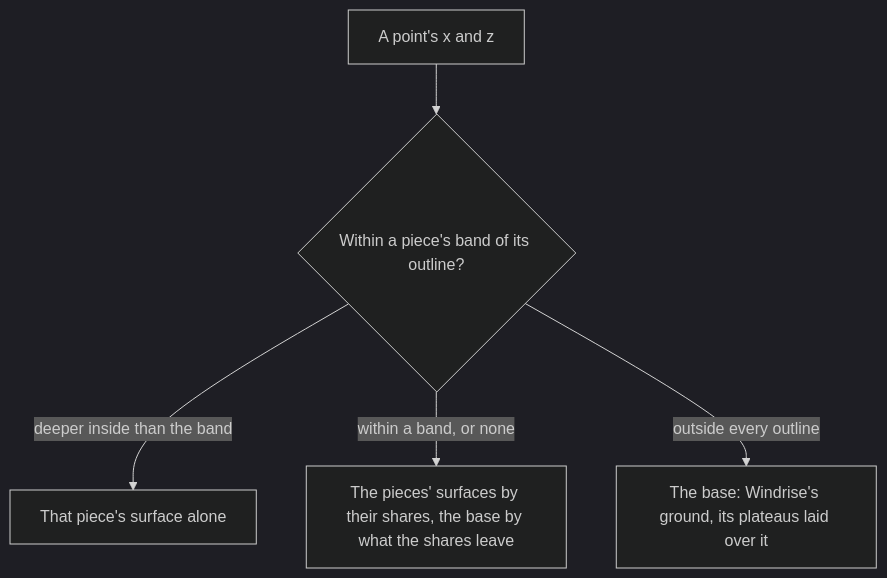
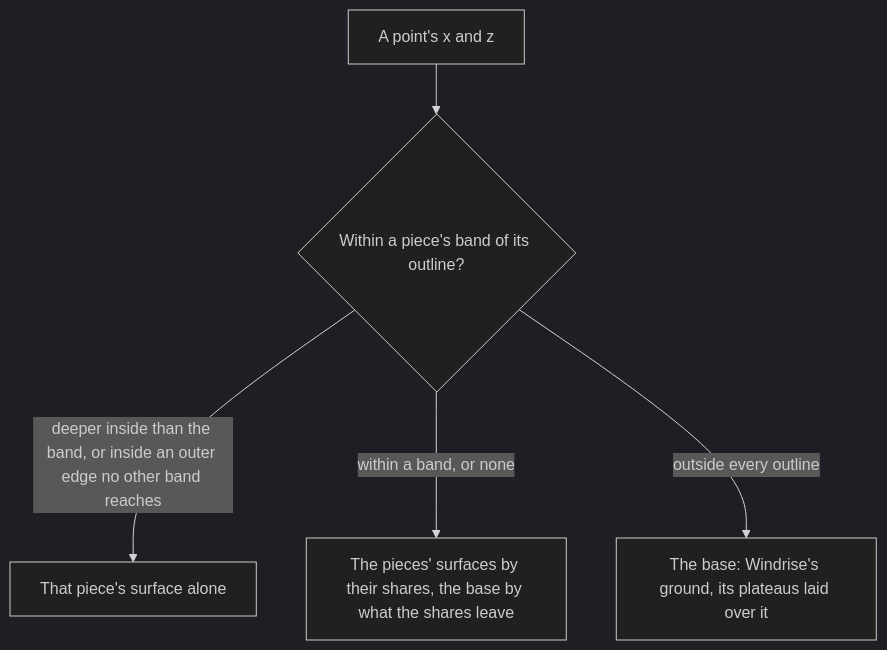
The second of 2 diagrams in openspec/specs/genshin/terrain-shape-height/design.md (Esposter/Esposter), drawn with Mermaid (dark theme) before and after one commit. The commit also changed other lines of this file and 4 other files, not shown here.

````diff
--- a/openspec/specs/genshin/terrain-shape-height/design.md
+++ b/openspec/specs/genshin/terrain-shape-height/design.md
@@ -42,7 +42,7 @@
 ```mermaid
 flowchart TD
   PT["A point's x and z"] --> DM{"Within a piece's band of its outline?"}
-  DM -->|"deeper inside than the band"| OWN["That piece's surface alone"]
+  DM -->|"deeper inside than the band, or inside an outer edge no other band reaches"| OWN["That piece's surface alone"]
   DM -->|"within a band, or none"| MIX["The pieces' surfaces by their shares, the base by what the shares leave"]
   DM -->|"outside every outline"| BASE["The base: Windrise's ground, its plateaus laid over it"]
 ```
````
